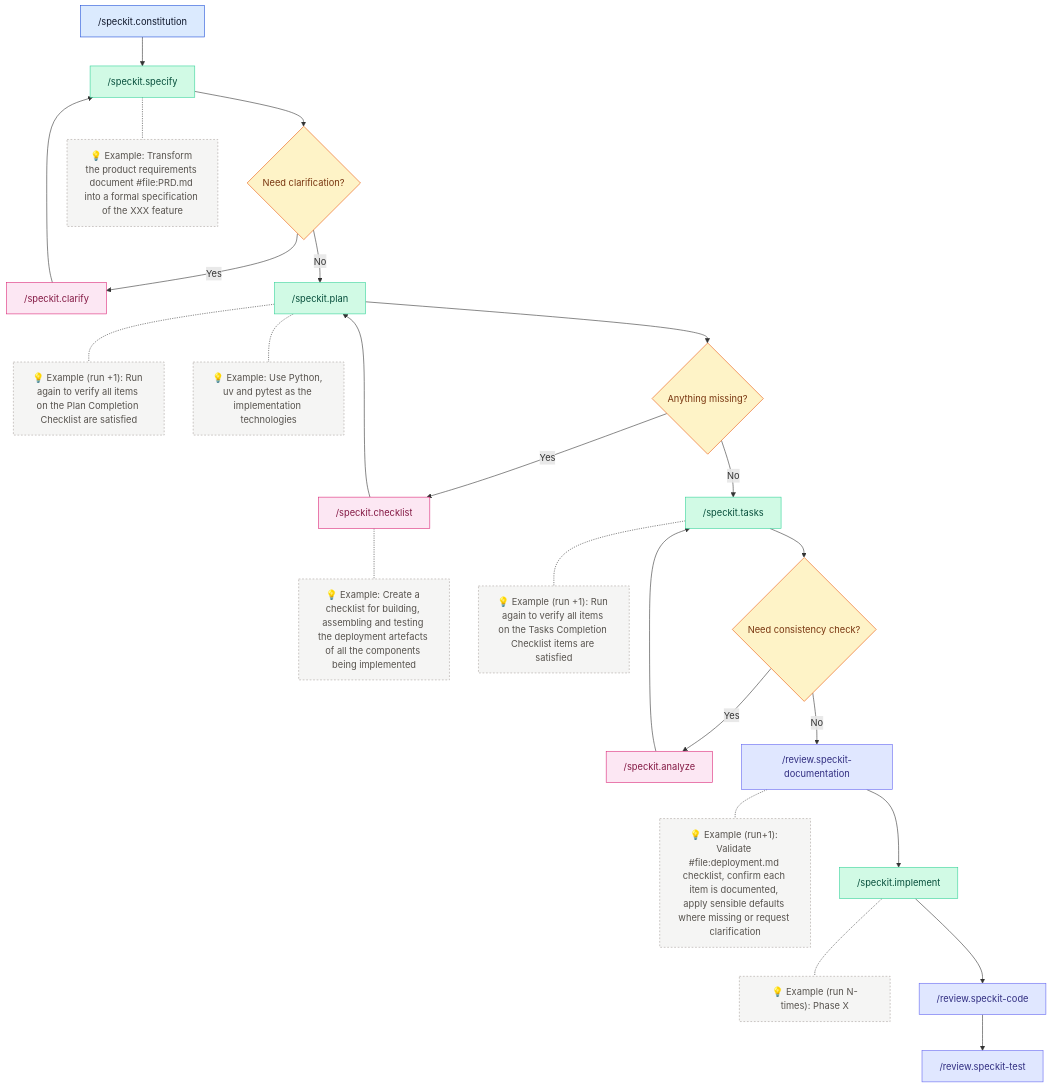
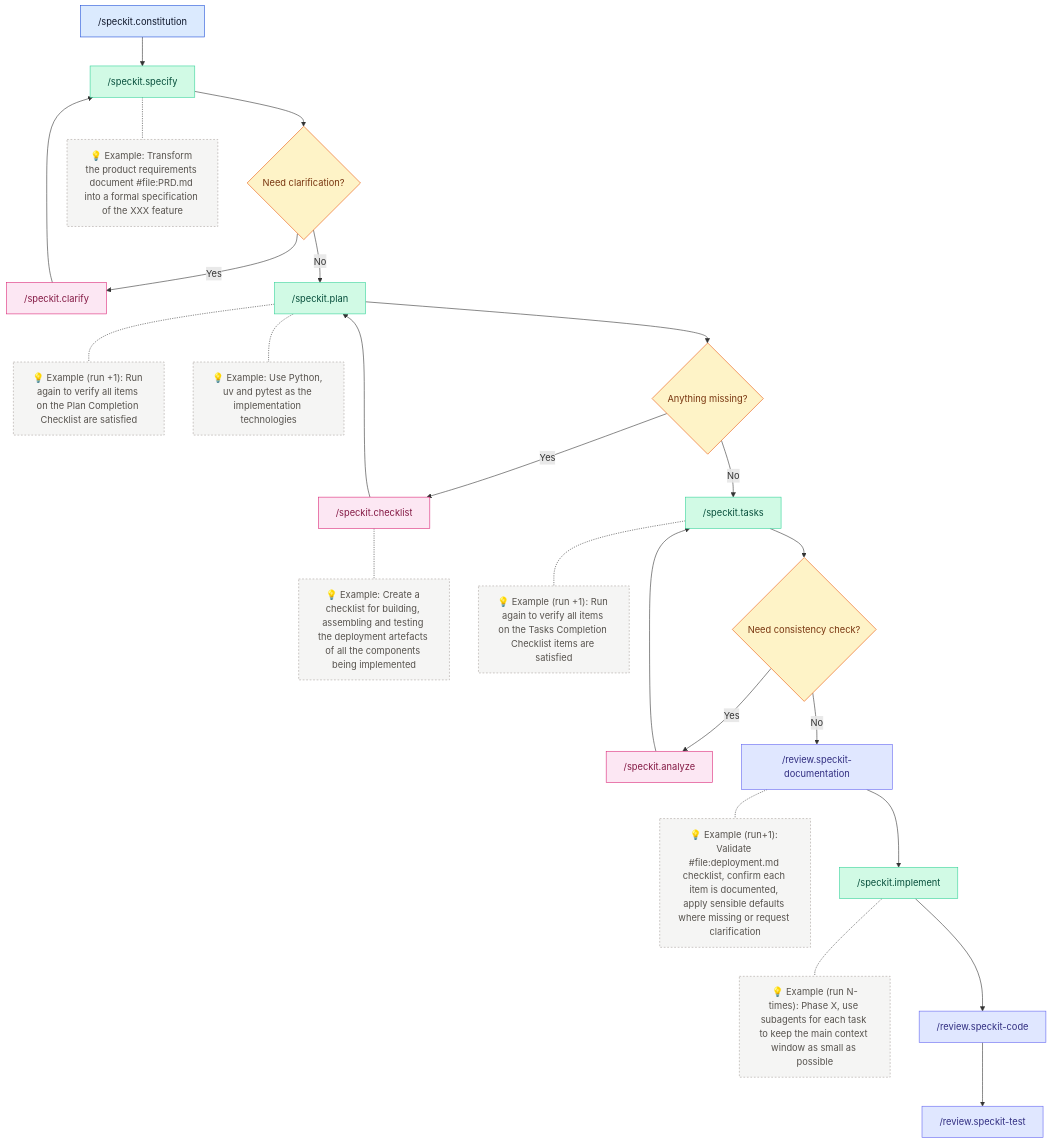
The diagram in README.md (stefaniuk/awesome-promptfiles), drawn with Mermaid before and after one commit.

Commit message:
feat(instructions): enhance implementation guidance with subagent context management

````diff
--- a/README.md
+++ b/README.md
@@ -91,43 +91,43 @@
 ```mermaid
 flowchart TD
   constitution["/speckit.constitution"] --> specify["/speckit.specify"]
 
   specify --> needClarification{Need clarification?}
   specify -.- specifyNote["💡 Example: Transform the product requirements document #file:PRD.md into a formal specification of the XXX feature"]
   needClarification -- Yes --> clarify["/speckit.clarify"]
   clarify --> specify
   needClarification -- No --> plan["/speckit.plan"]
   plan -.- planNote["💡 Example (run +1): Run again to verify all items on the Plan Completion Checklist are satisfied"]
   plan -.- planNote2["💡 Example: Use Python, uv and pytest as the implementation technologies"]
 
   plan --> domainCoverage{Anything missing?}
   domainCoverage -- Yes --> checklist["/speckit.checklist"]
   checklist --> plan
   checklist -.- checklistNote["💡 Example: Create a checklist for building, assembling and testing the deployment artefacts of all the components being implemented"]
   domainCoverage -- No --> tasks["/speckit.tasks"]
   tasks -.- tasksNote["💡 Example (run +1): Run again to verify all items on the Tasks Completion Checklist items are satisfied"]
 
   tasks --> consistency{Need consistency check?}
   consistency -- Yes --> analyze["/speckit.analyze"]
   analyze --> tasks
   consistency -- No --> reviewDocs["/review.speckit-documentation"]
   reviewDocs -.- reviewDocsNote["💡 Example (run+1): Validate #file:deployment.md checklist, confirm each item is documented, apply sensible defaults where missing or request clarification"]
   reviewDocs --> implement["/speckit.implement"]
-  implement -.- implementNote["💡 Example (run N-times): Phase X"]
+  implement -.- implementNote["💡 Example (run N-times): Phase X, use subagents for each task to keep the main context window as small as possible"]
   implement --> reviewCode["/review.speckit-code"]
   reviewCode --> reviewTest["/review.speckit-test"]
 
   classDef source fill:#dbeafe,stroke:#1d4ed8,color:#0f172a,stroke-width:1px;
   classDef action fill:#d1fae5,stroke:#34d399,color:#064e3b,stroke-width:1px;
   classDef question fill:#fef3c7,stroke:#ea580c,color:#78350f,stroke-width:1px;
   classDef review fill:#fce7f3,stroke:#db2777,color:#831843,stroke-width:1px;
   classDef docReview fill:#e0e7ff,stroke:#6366f1,color:#312e81,stroke-width:1px;
   classDef note fill:#f5f5f4,stroke:#a8a29e,color:#57534e,stroke-width:1px,stroke-dasharray:3;
 
   class constitution source;
   class specify,plan,tasks,implement action;
   class needClarification,domainCoverage,consistency question;
   class clarify,checklist,analyze review;
   class reviewDocs,reviewCode,reviewTest docReview;
   class specifyNote,checklistNote,planNote,planNote2,tasksNote,implementNote,reviewDocsNote note;
 ```
````
